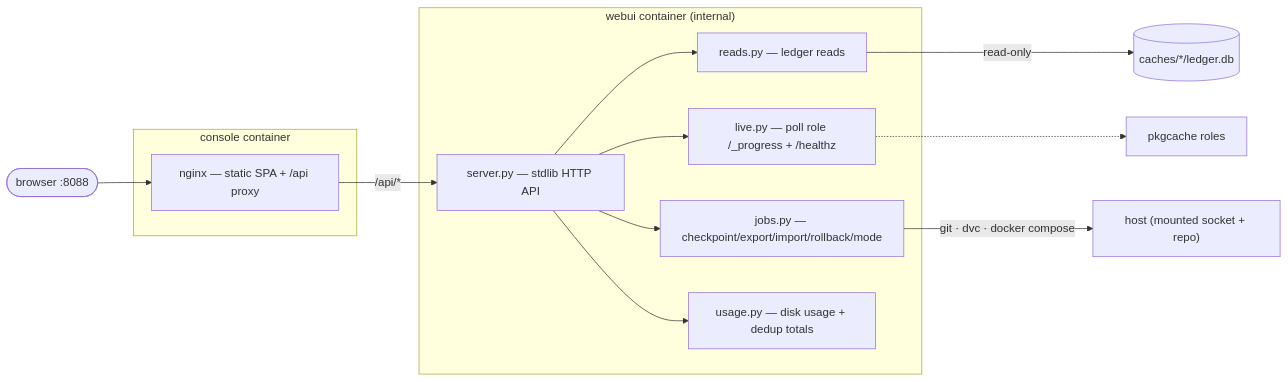
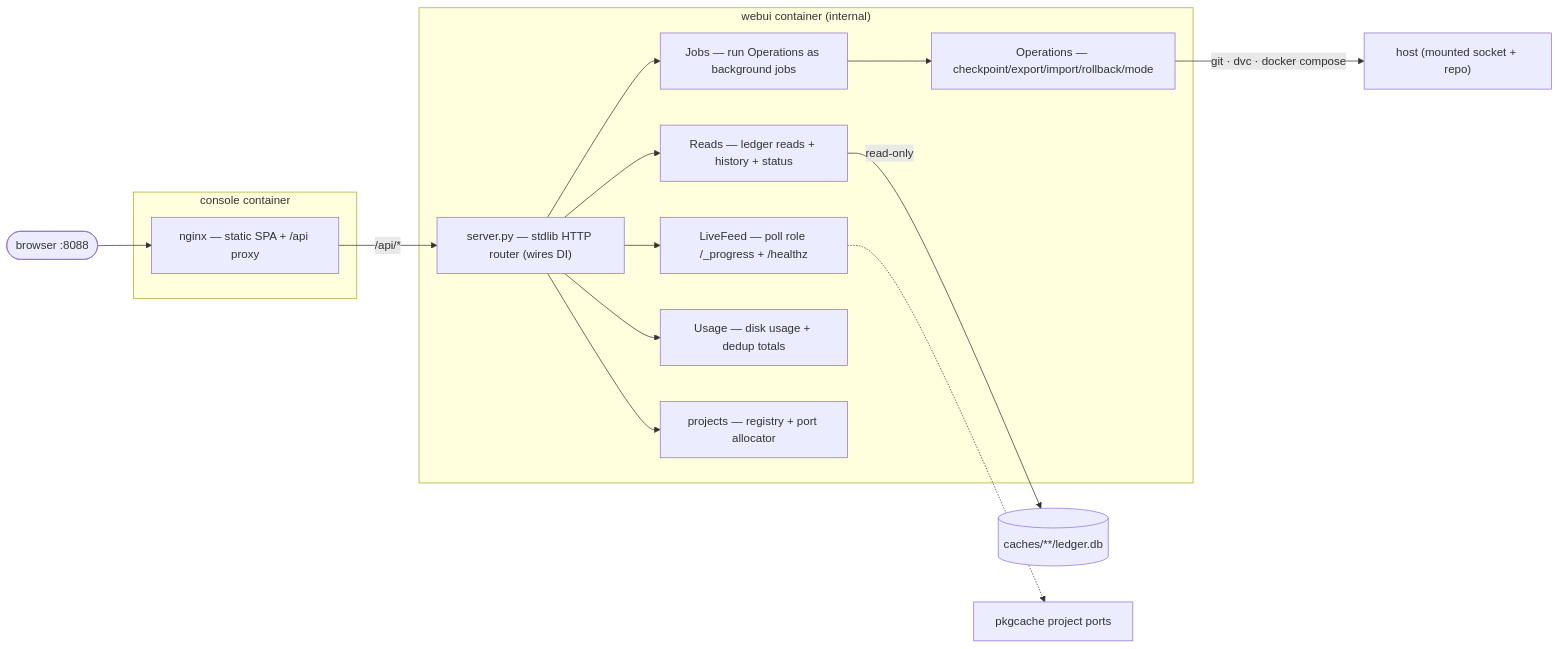
One commit to aabdlwahab/PKGCache changed the seventh of 7 diagrams in README.md. Above: the diagram before and after it, drawn with Mermaid. The commit also changed other lines of this file and 2 other files, not shown here.

First line of the commit message:
docs: rewrite README and add architecture/usage docs

````diff
--- a/README.md
+++ b/README.md
@@ -341,19 +543,22 @@
 ```mermaid
 flowchart LR
   browser(["browser :8088"]) --> nginx
   subgraph consoleC["console container"]
     nginx["nginx — static SPA + /api proxy"]
   end
   subgraph webuiC["webui container (internal)"]
-    api["server.py — stdlib HTTP API"]
-    reads["reads.py — ledger reads"]
-    live["live.py — poll role /_progress + /healthz"]
-    jobs["jobs.py — checkpoint/export/import/rollback/mode"]
-    usage["usage.py — disk usage + dedup totals"]
+    api["server.py — stdlib HTTP router (wires DI)"]
+    reads["Reads — ledger reads + history + status"]
+    live["LiveFeed — poll role /_progress + /healthz"]
+    jobs["Jobs — run Operations as background jobs"]
+    ops["Operations — checkpoint/export/import/rollback/mode"]
+    usage["Usage — disk usage + dedup totals"]
+    proj["projects — registry + port allocator"]
   end
   nginx -->|"/api/*"| api
-  api --> reads & live & jobs & usage
-  reads -->|"read-only"| ledgers[("caches/*/ledger.db")]
-  live -.-> roles["pkgcache roles"]
-  jobs -->|"git · dvc · docker compose"| host["host (mounted socket + repo)"]
+  api --> reads & live & jobs & usage & proj
+  jobs --> ops
+  reads -->|"read-only"| ledgers[("caches/**/ledger.db")]
+  live -.-> roles["pkgcache project ports"]
+  ops -->|"git · dvc · docker compose"| host["host (mounted socket + repo)"]
 ```
````
